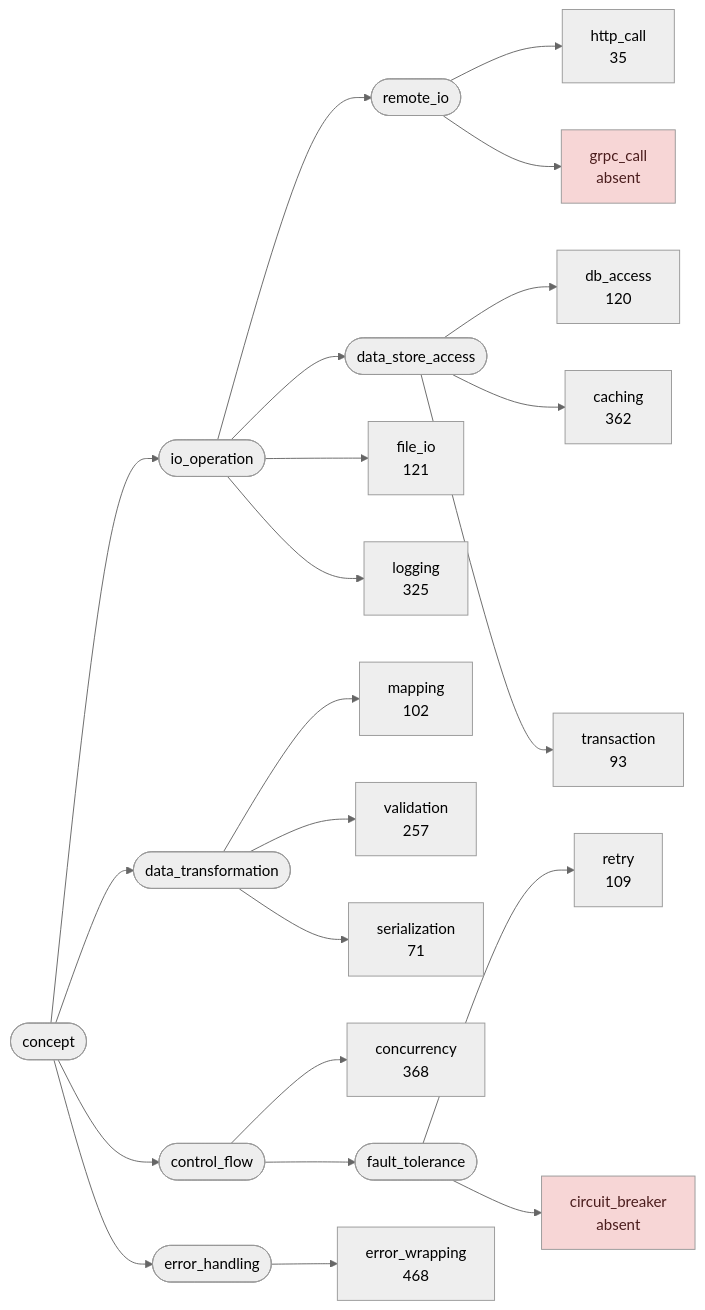
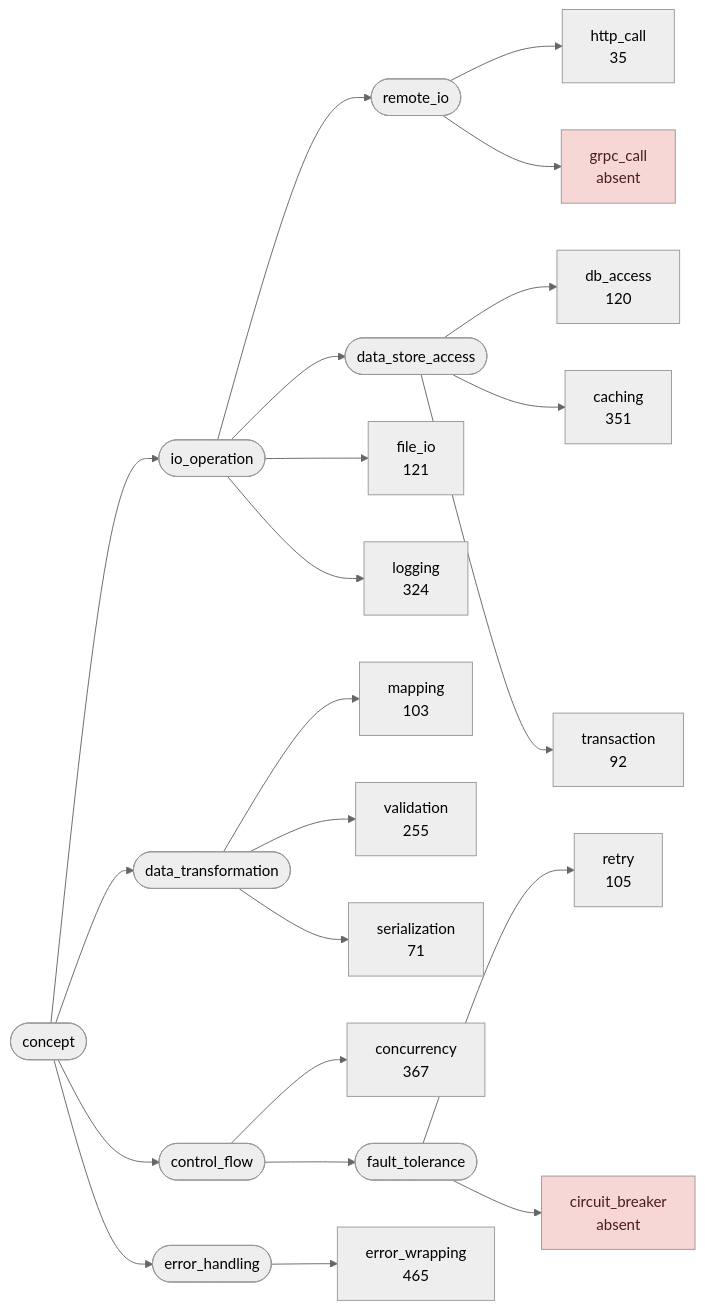
Before and after one commit to LukasSelin/doppel: the first of 4 diagrams in examples/prometheus.md, drawn with Mermaid (neutral theme). The commit also changed other lines of this file and 7 other files, not shown here.

````diff
--- a/examples/prometheus.md
+++ b/examples/prometheus.md
@@ -60,50 +60,50 @@
 ```mermaid
 flowchart LR
     s0(["concept"])
     s1(["io_operation"])
     s2(["remote_io"])
     s3["http_call<br/>35"]
     s4["grpc_call<br/>absent"]
     s5(["data_store_access"])
     s6["db_access<br/>120"]
-    s7["caching<br/>362"]
-    s8["transaction<br/>93"]
+    s7["caching<br/>351"]
+    s8["transaction<br/>92"]
     s9["file_io<br/>121"]
-    s10["logging<br/>325"]
+    s10["logging<br/>324"]
     s11(["data_transformation"])
-    s12["mapping<br/>102"]
-    s13["validation<br/>257"]
+    s12["mapping<br/>103"]
+    s13["validation<br/>255"]
     s14["serialization<br/>71"]
     s15(["control_flow"])
-    s16["concurrency<br/>368"]
+    s16["concurrency<br/>367"]
     s17(["fault_tolerance"])
-    s18["retry<br/>109"]
+    s18["retry<br/>105"]
     s19["circuit_breaker<br/>absent"]
     s20(["error_handling"])
-    s21["error_wrapping<br/>468"]
+    s21["error_wrapping<br/>465"]
     s0 --> s1
     s1 --> s2
     s2 --> s3
     s2 --> s4
     s1 --> s5
     s5 --> s6
     s5 --> s7
     s5 --> s8
     s1 --> s9
     s1 --> s10
     s0 --> s11
     s11 --> s12
     s11 --> s13
     s11 --> s14
     s0 --> s15
     s15 --> s16
     s15 --> s17
     s17 --> s18
     s17 --> s19
     s0 --> s20
     s20 --> s21
     classDef good fill:#d7ecd9,color:#1b3d20
     classDef warn fill:#fbeecb,color:#4a3a12
     classDef hot fill:#f7d6d6,color:#4a1c1c
     class s4,s19 hot
 ```
````
